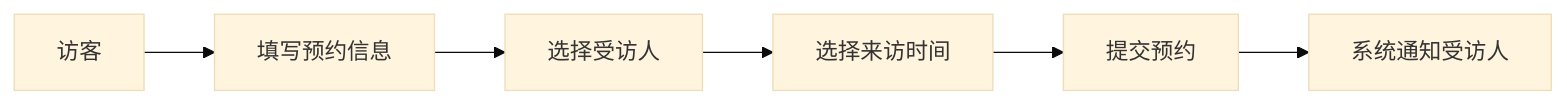
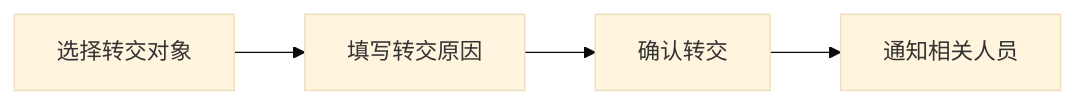
The second of 3 diagrams in doc/requirement1.md (zhishi324/n8ndeploy), drawn with Mermaid (base theme) before and after one commit. The commit also changed other lines of this file, not shown here.

````diff
--- a/doc/requirement1.md
+++ b/doc/requirement1.md
@@ -23,8 +33,6 @@
 ```mermaid
 graph LR
-    A[访客] --> B[填写预约信息]
-    B --> C[选择受访人]
-    C --> D[选择来访时间]
-    D --> E[提交预约]
-    E --> F[系统通知受访人]
+    A[选择转交对象] --> B[填写转交原因]
+    B --> C[确认转交]
+    C --> D[通知相关人员]
 ```
````
